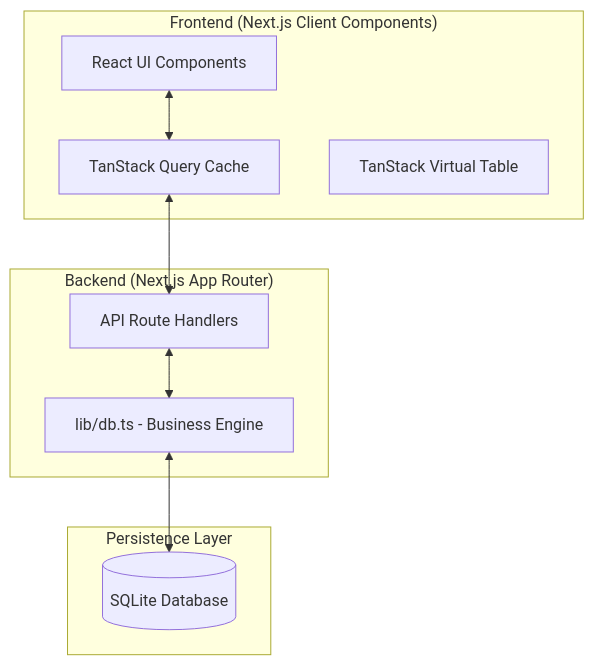
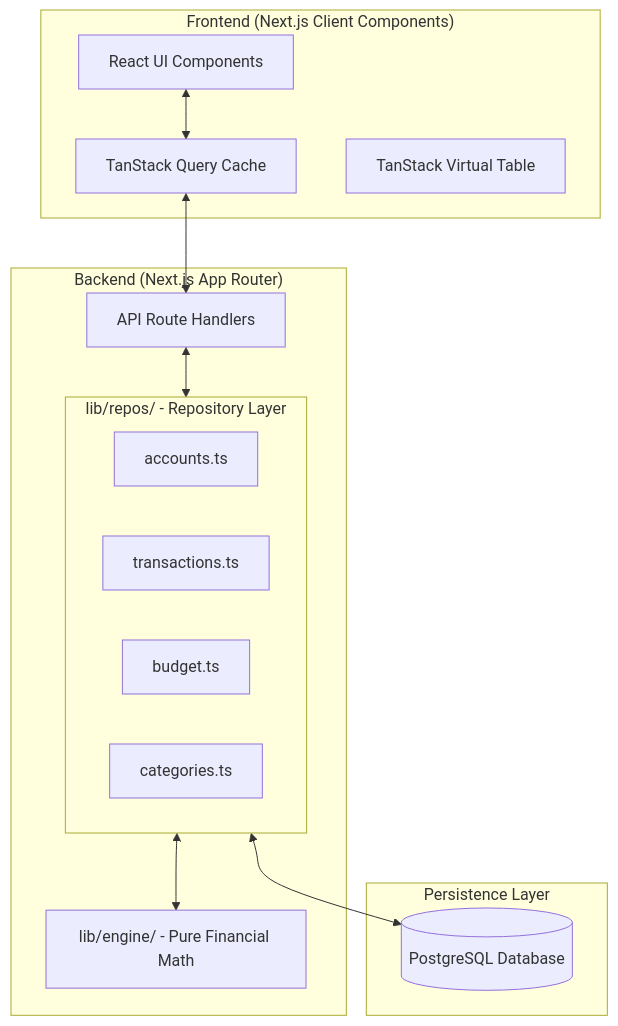
Before and after one commit to camilopiedra92/YNAB-Clone: the first of 2 diagrams in docs/architecture.md, drawn with Mermaid. The commit also changed other lines of this file and 122 other files, not shown here.

First line of the commit message:
feat: major architecture refactor — engine layer, repos, DTOs, Drizzle ORM, Playwright E2E

````diff
--- a/docs/architecture.md
+++ b/docs/architecture.md
@@ -9,22 +9,29 @@
 ```mermaid
 graph TD
     subgraph Client ["Frontend (Next.js Client Components)"]
         UI[React UI Components]
         RQ[TanStack Query Cache]
         VTR[TanStack Virtual Table]
     end
 
     subgraph Server ["Backend (Next.js App Router)"]
         API[API Route Handlers]
-        DB_LIB[lib/db.ts - Business Engine]
+        subgraph Repos ["lib/repos/ - Repository Layer"]
+            ACCT[accounts.ts]
+            TXN[transactions.ts]
+            BUD[budget.ts]
+            CAT[categories.ts]
+        end
+        ENGINE[lib/engine/ - Pure Financial Math]
     end
 
     subgraph Storage ["Persistence Layer"]
-        SQLITE[(SQLite Database)]
+        PG[(PostgreSQL Database)]
     end
 
     UI <--> RQ
     RQ <--> API
-    API <--> DB_LIB
-    DB_LIB <--> SQLITE
+    API <--> Repos
+    Repos <--> ENGINE
+    Repos <--> PG
 ```
````
